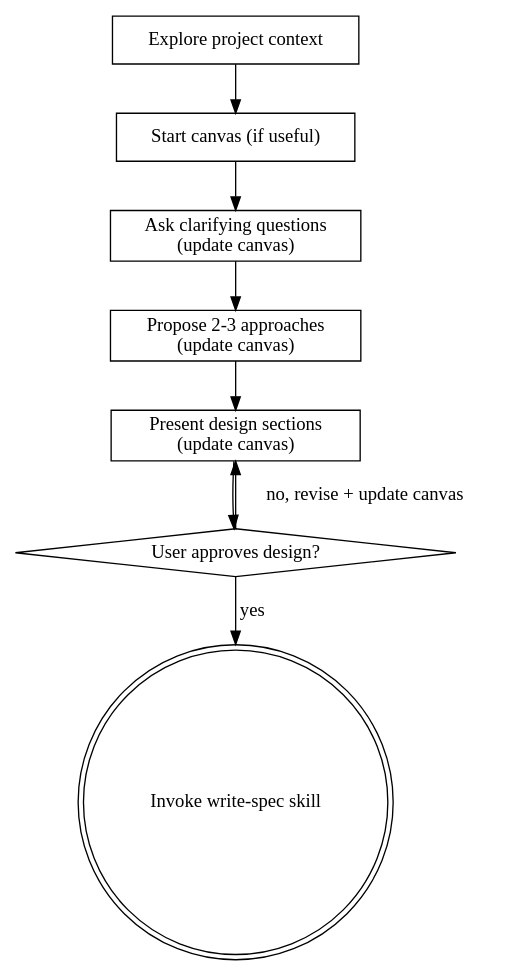
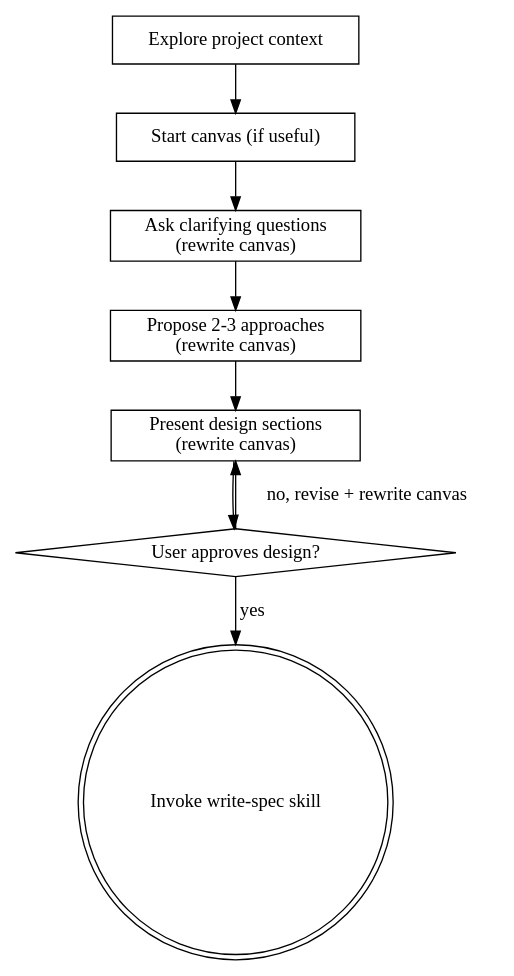
The diagram in skills/brainstorming/SKILL.md (D3nnis72/Playbook), drawn with Graphviz before and after one commit. The commit also changed other lines of this file, not shown here.

````diff
--- a/skills/brainstorming/SKILL.md
+++ b/skills/brainstorming/SKILL.md
@@ -35,19 +35,19 @@
 ```dot
 digraph brainstorming {
     "Explore project context" [shape=box];
     "Start canvas (if useful)" [shape=box];
-    "Ask clarifying questions\n(update canvas)" [shape=box];
-    "Propose 2-3 approaches\n(update canvas)" [shape=box];
-    "Present design sections\n(update canvas)" [shape=box];
+    "Ask clarifying questions\n(rewrite canvas)" [shape=box];
+    "Propose 2-3 approaches\n(rewrite canvas)" [shape=box];
+    "Present design sections\n(rewrite canvas)" [shape=box];
     "User approves design?" [shape=diamond];
     "Invoke write-spec skill" [shape=doublecircle];
 
     "Explore project context" -> "Start canvas (if useful)";
-    "Start canvas (if useful)" -> "Ask clarifying questions\n(update canvas)";
-    "Ask clarifying questions\n(update canvas)" -> "Propose 2-3 approaches\n(update canvas)";
-    "Propose 2-3 approaches\n(update canvas)" -> "Present design sections\n(update canvas)";
-    "Present design sections\n(update canvas)" -> "User approves design?";
-    "User approves design?" -> "Present design sections\n(update canvas)" [label="no, revise + update canvas"];
+    "Start canvas (if useful)" -> "Ask clarifying questions\n(rewrite canvas)";
+    "Ask clarifying questions\n(rewrite canvas)" -> "Propose 2-3 approaches\n(rewrite canvas)";
+    "Propose 2-3 approaches\n(rewrite canvas)" -> "Present design sections\n(rewrite canvas)";
+    "Present design sections\n(rewrite canvas)" -> "User approves design?";
+    "User approves design?" -> "Present design sections\n(rewrite canvas)" [label="no, revise + rewrite canvas"];
     "User approves design?" -> "Invoke write-spec skill" [label="yes"];
 }
 ```
````
